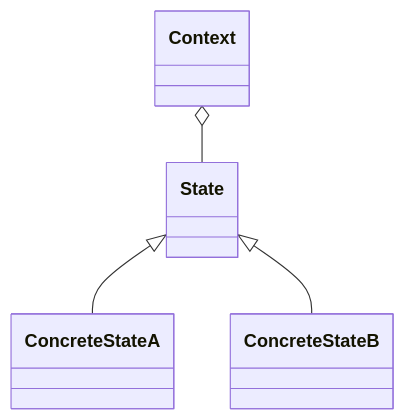
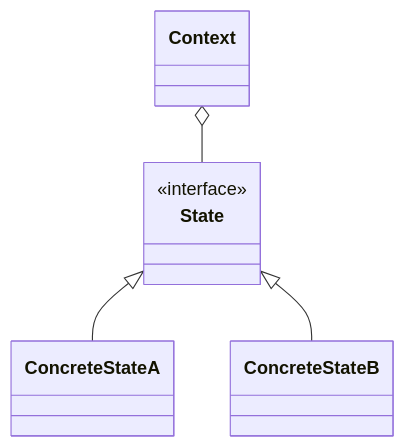
The diagram in src/state_pattern/README.md (Ubugeeei/GoF-deno), drawn with Mermaid before and after one commit.

Commit message:
tweek State Pattern explains

````diff
--- a/src/state_pattern/README.md
+++ b/src/state_pattern/README.md
@@ -8,7 +8,10 @@
 ```mermaid
 classDiagram
 
+class State {
+    <<interface>>
+}
 Context o-- State
 State <|-- ConcreteStateA
 State <|-- ConcreteStateB
 ```
````
